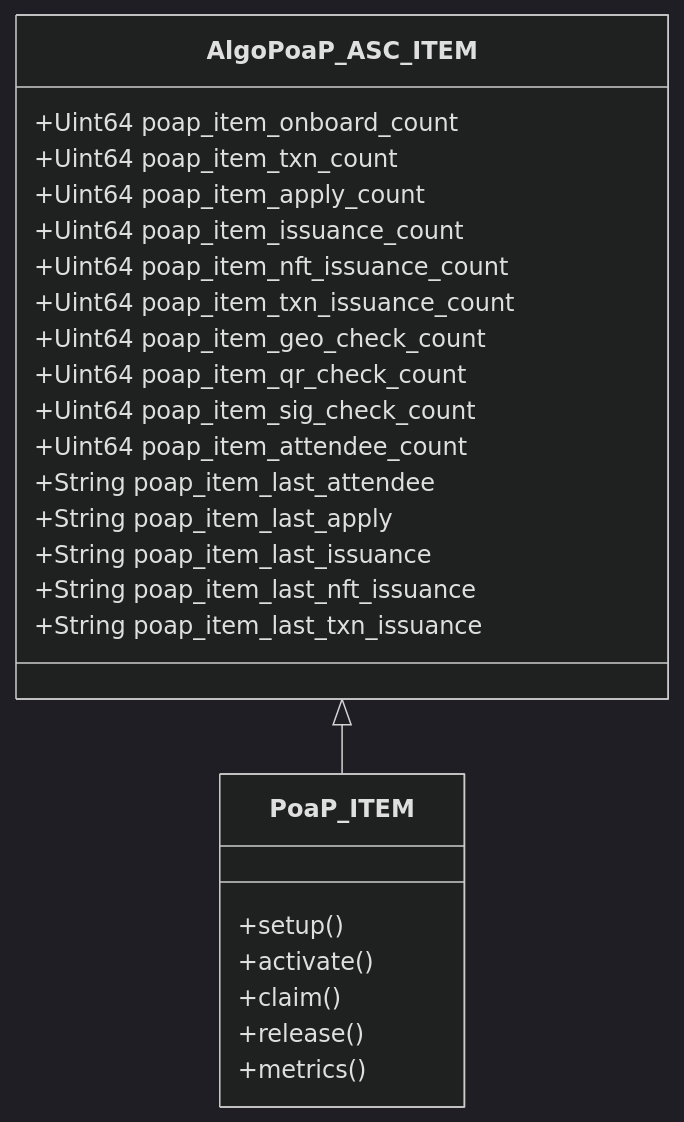
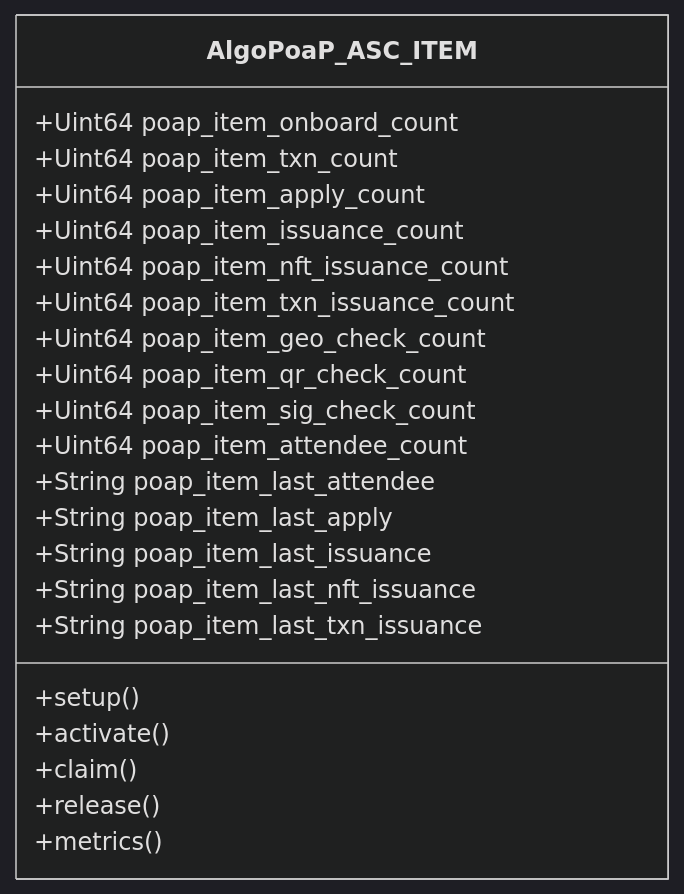
One commit to GoPlausible/.github changed the tenth of 10 diagrams in profile/README.md. Above: the diagram before and after it, drawn with Mermaid (dark theme). The commit also changed other lines of this file, not shown here.

````diff
--- a/profile/README.md
+++ b/profile/README.md
@@ -351,30 +348,28 @@
 ```mermaid
   classDiagram
-    AlgoPoaP_ASC_ITEM <|-- PoaP_ITEM
+    class AlgoPoaP_ASC_ITEM
     AlgoPoaP_ASC_ITEM : +Uint64 poap_item_onboard_count
     AlgoPoaP_ASC_ITEM : +Uint64 poap_item_txn_count
     AlgoPoaP_ASC_ITEM : +Uint64 poap_item_apply_count
     AlgoPoaP_ASC_ITEM : +Uint64 poap_item_issuance_count
     AlgoPoaP_ASC_ITEM : +Uint64 poap_item_nft_issuance_count
     AlgoPoaP_ASC_ITEM : +Uint64 poap_item_txn_issuance_count
 
     AlgoPoaP_ASC_ITEM : +Uint64 poap_item_geo_check_count
     AlgoPoaP_ASC_ITEM : +Uint64 poap_item_qr_check_count
     AlgoPoaP_ASC_ITEM : +Uint64 poap_item_sig_check_count
 
     AlgoPoaP_ASC_ITEM : +Uint64 poap_item_attendee_count
     AlgoPoaP_ASC_ITEM : +String poap_item_last_attendee
     AlgoPoaP_ASC_ITEM : +String poap_item_last_apply
     AlgoPoaP_ASC_ITEM : +String poap_item_last_issuance
     AlgoPoaP_ASC_ITEM : +String poap_item_last_nft_issuance
     AlgoPoaP_ASC_ITEM : +String poap_item_last_txn_issuance
-   
-    class PoaP_ITEM {
-        +setup()
-        +activate()
-        +claim()
-        +release()
-        +metrics()
-    }
+    AlgoPoaP_ASC_ITEM : +setup()
+    AlgoPoaP_ASC_ITEM : +activate()
+    AlgoPoaP_ASC_ITEM : +claim()
+    AlgoPoaP_ASC_ITEM : +release()
+    AlgoPoaP_ASC_ITEM : +metrics()
+  
     
 ```
````
